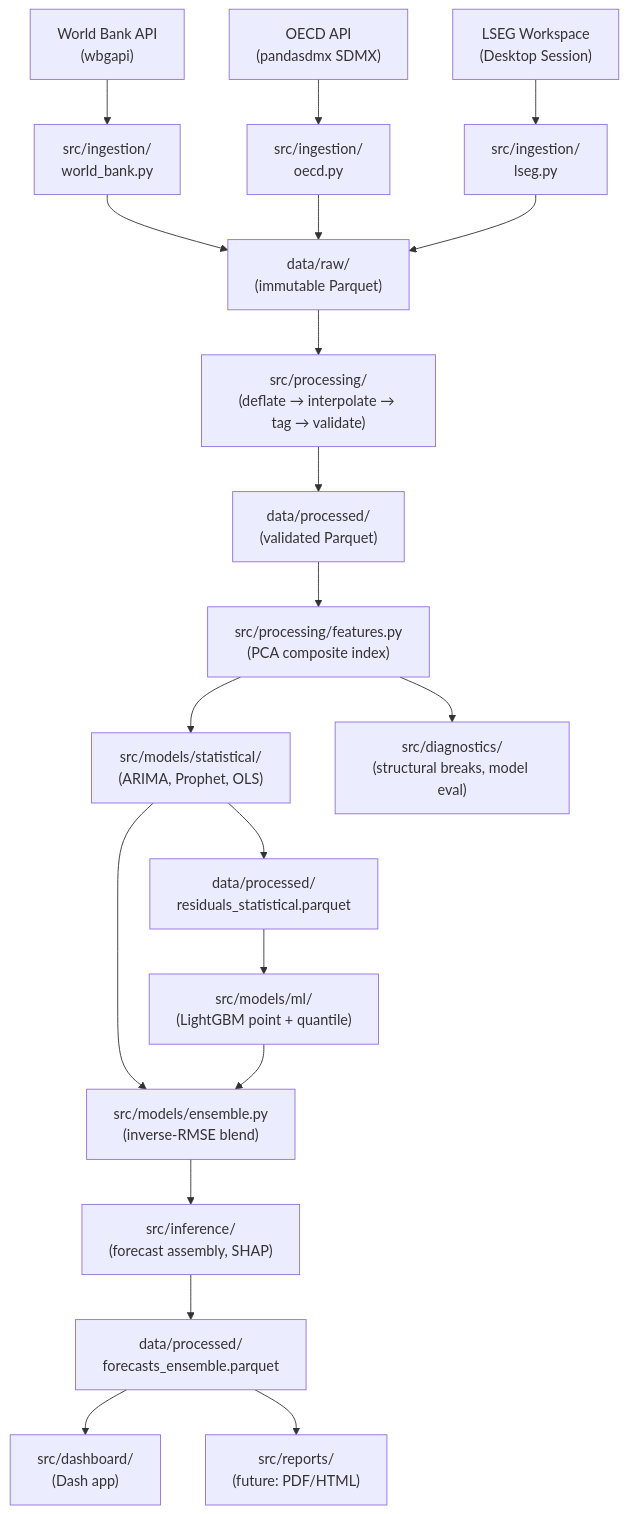
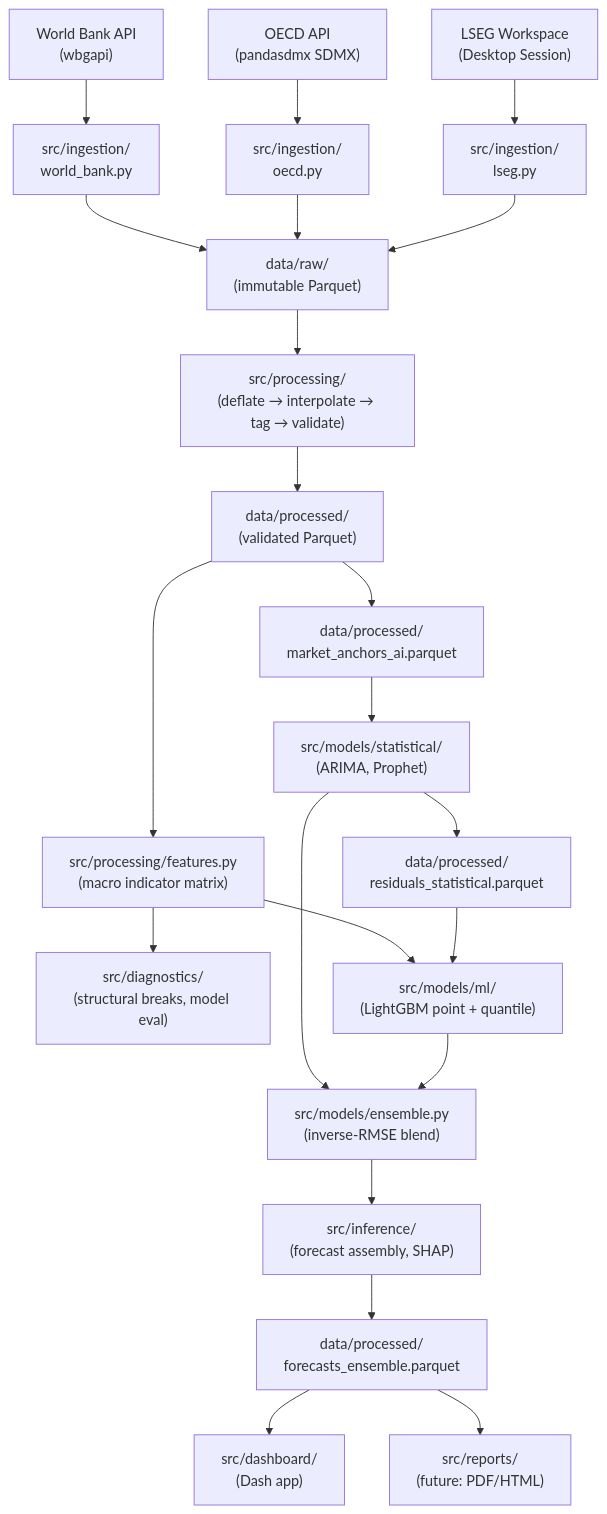
One commit to amicusDei/industry-value-estimator changed the diagram in docs/ARCHITECTURE.md. Above: the diagram before and after it, drawn with Mermaid. The commit also changed other lines of this file and 2 other files, not shown here.

First line of the commit message:
docs: consolidate documentation to v1.1 pipeline (remove PCA composite references)

````diff
--- a/docs/ARCHITECTURE.md
+++ b/docs/ARCHITECTURE.md
@@ -23,29 +23,31 @@
 ```mermaid
 flowchart TD
     WB["World Bank API\n(wbgapi)"] --> ING["src/ingestion/\nworld_bank.py"]
     OECD["OECD API\n(pandasdmx SDMX)"] --> ING2["src/ingestion/\noecd.py"]
     LSEG["LSEG Workspace\n(Desktop Session)"] --> ING3["src/ingestion/\nlseg.py"]
 
     ING --> RAW["data/raw/\n(immutable Parquet)"]
     ING2 --> RAW
     ING3 --> RAW
 
     RAW --> PROC["src/processing/\n(deflate → interpolate → tag → validate)"]
     PROC --> PDATA["data/processed/\n(validated Parquet)"]
 
-    PDATA --> FEAT["src/processing/features.py\n(PCA composite index)"]
-    FEAT --> STAT["src/models/statistical/\n(ARIMA, Prophet, OLS)"]
+    PDATA --> ANCHORS["data/processed/\nmarket_anchors_ai.parquet"]
+    ANCHORS --> STAT["src/models/statistical/\n(ARIMA, Prophet)"]
+    PDATA --> FEAT["src/processing/features.py\n(macro indicator matrix)"]
     FEAT --> DIAG["src/diagnostics/\n(structural breaks, model eval)"]
 
     STAT --> RESID["data/processed/\nresiduals_statistical.parquet"]
-    RESID --> ML["src/models/ml/\n(LightGBM point + quantile)"]
+    FEAT --> ML["src/models/ml/\n(LightGBM point + quantile)"]
+    RESID --> ML
 
     STAT --> ENS["src/models/ensemble.py\n(inverse-RMSE blend)"]
     ML --> ENS
 
     ENS --> INF["src/inference/\n(forecast assembly, SHAP)"]
     INF --> FDATA["data/processed/\nforecasts_ensemble.parquet"]
 
     FDATA --> DASH["src/dashboard/\n(Dash app)"]
     FDATA --> RPT["src/reports/\n(future: PDF/HTML)"]
 ```
````
